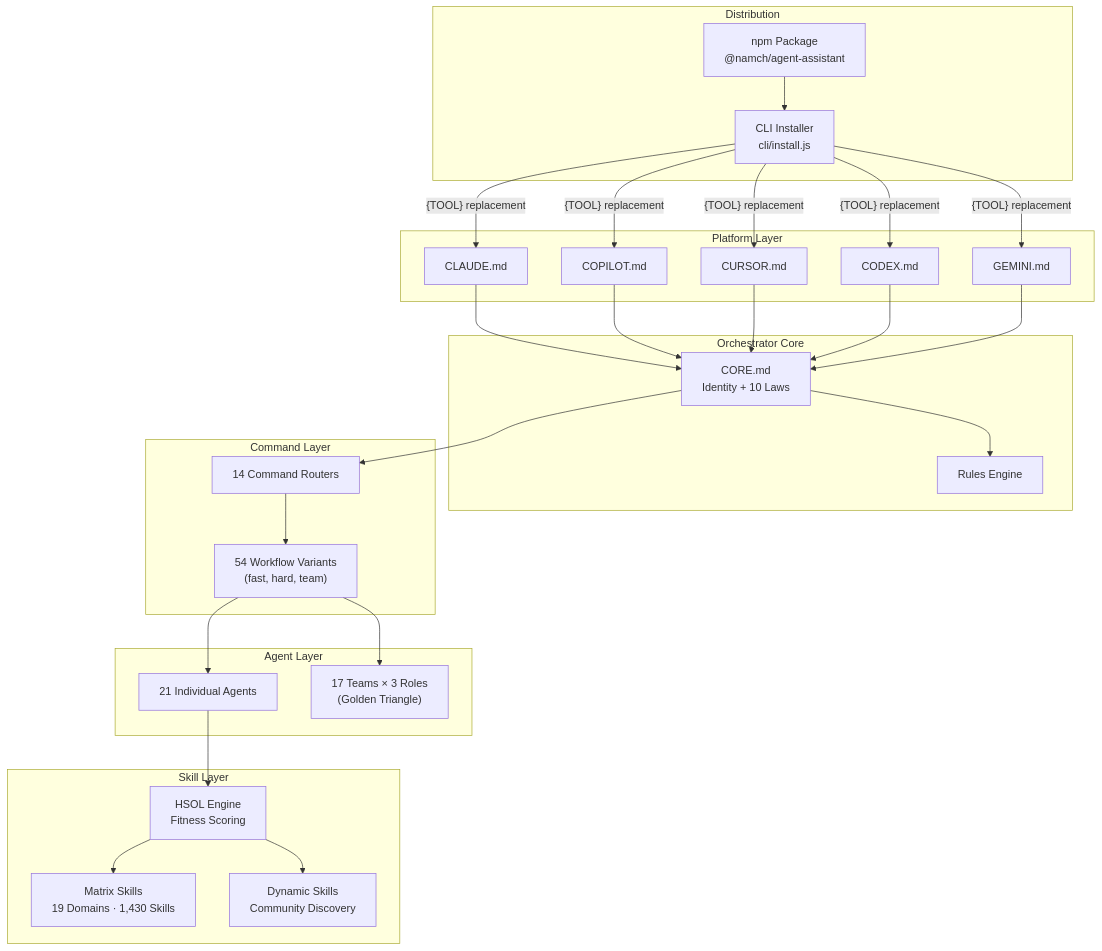
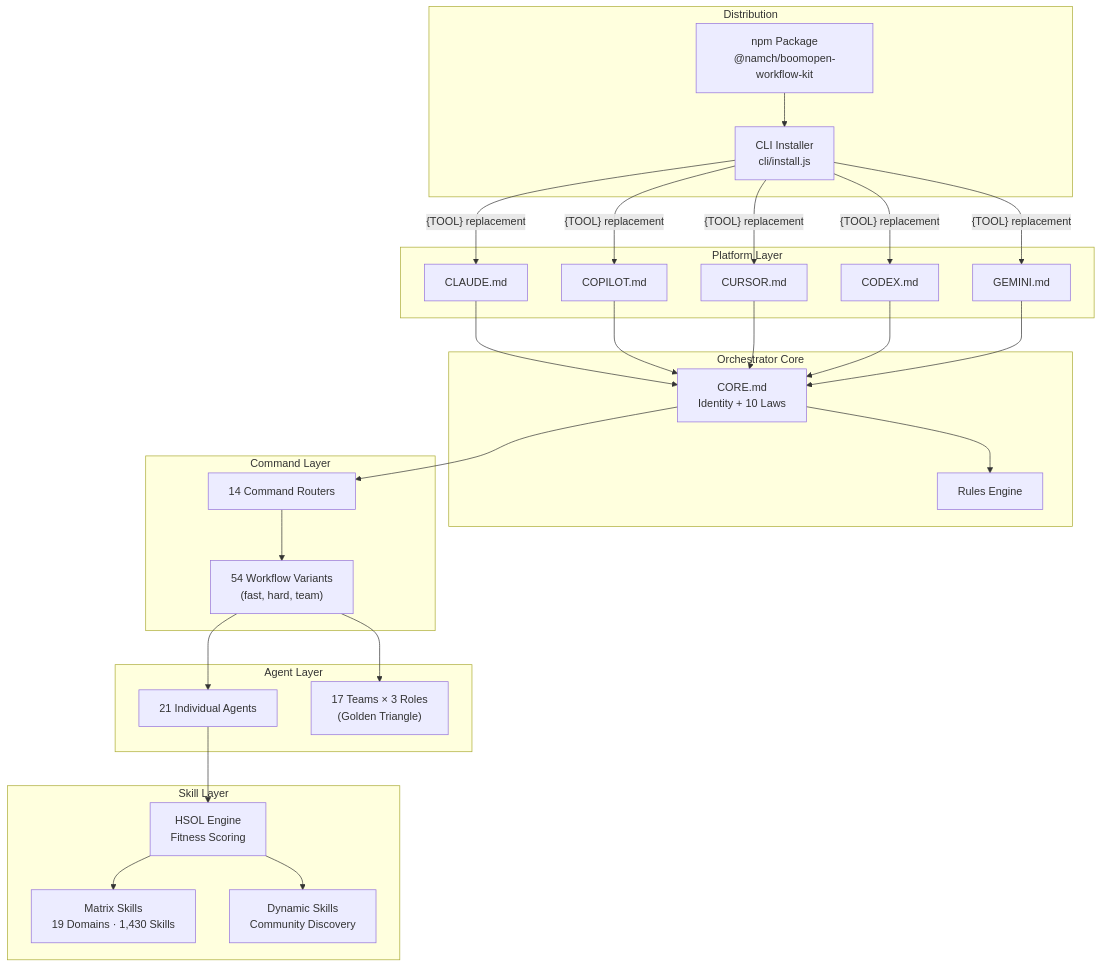
One commit to Kennyboom/BoomOpen-Workflow-Kit changed the diagram in documents/knowledge-architecture/00-index.md. Above: the diagram before and after it, drawn with Mermaid. The commit also changed other lines of this file and 371 other files, not shown here.

Commit message:
Refactor: Convert workflow architecture to reference-based system to enforce 12K character limit. Fixed phase completeness and deliverables.

````diff
--- a/documents/knowledge-architecture/00-index.md
+++ b/documents/knowledge-architecture/00-index.md
@@ -15,48 +15,48 @@
 ```mermaid
 graph TB
     subgraph "Platform Layer"
         CLAUDE["CLAUDE.md"]
         COPILOT["COPILOT.md"]
         CURSOR["CURSOR.md"]
         CODEX["CODEX.md"]
         GEMINI["GEMINI.md"]
     end
 
     subgraph "Orchestrator Core"
         CORE["CORE.md<br/>Identity + 10 Laws"]
         RULES["Rules Engine"]
     end
 
     subgraph "Command Layer"
         ROUTER["14 Command Routers"]
         VARIANTS["54 Workflow Variants<br/>(fast, hard, team)"]
     end
 
     subgraph "Agent Layer"
         AGENTS["21 Individual Agents"]
         TEAMS["17 Teams × 3 Roles<br/>(Golden Triangle)"]
     end
 
     subgraph "Skill Layer"
         MATRIX["Matrix Skills<br/>19 Domains · 1,430 Skills"]
         DYNAMIC["Dynamic Skills<br/>Community Discovery"]
         HSOL["HSOL Engine<br/>Fitness Scoring"]
     end
 
     subgraph "Distribution"
         CLI["CLI Installer<br/>cli/install.js"]
-        PKG["npm Package<br/>@namch/agent-assistant"]
+        PKG["npm Package<br/>@namch/boomopen-workflow-kit"]
     end
 
     CLAUDE & COPILOT & CURSOR & CODEX & GEMINI --> CORE
     CORE --> RULES
     CORE --> ROUTER
     ROUTER --> VARIANTS
     VARIANTS --> AGENTS
     VARIANTS --> TEAMS
     AGENTS --> HSOL
     HSOL --> MATRIX
     HSOL --> DYNAMIC
     PKG --> CLI
     CLI -->|"{TOOL} replacement"| CLAUDE & COPILOT & CURSOR & CODEX & GEMINI
 ```
````
